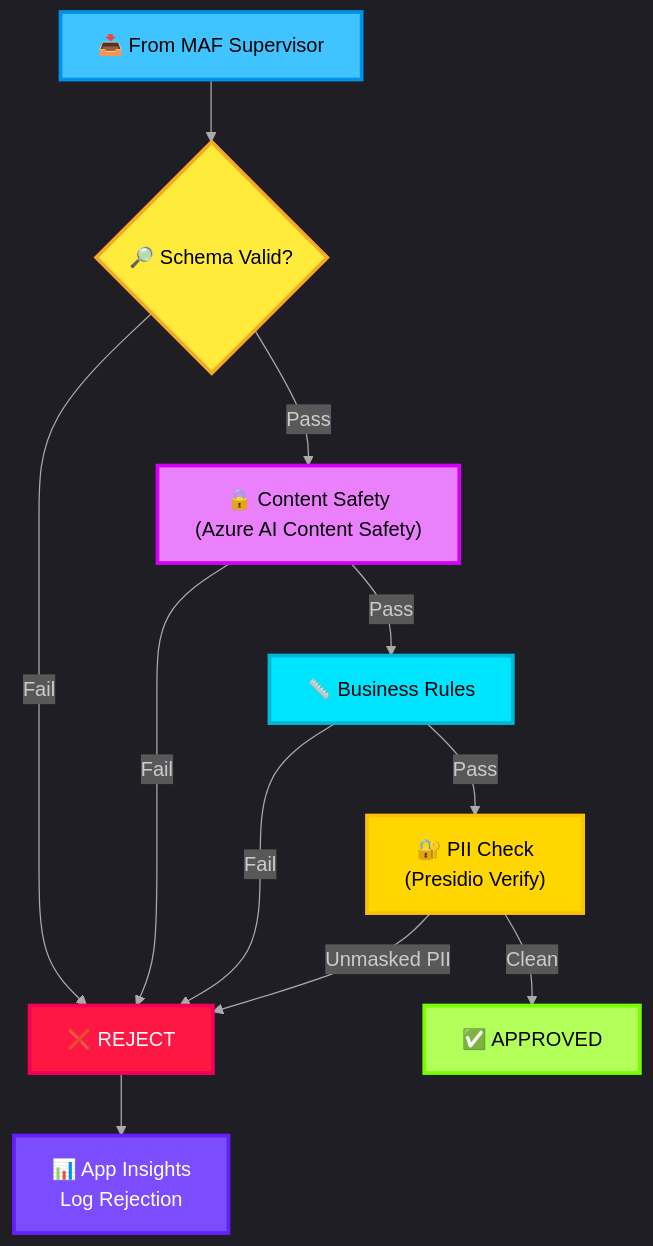
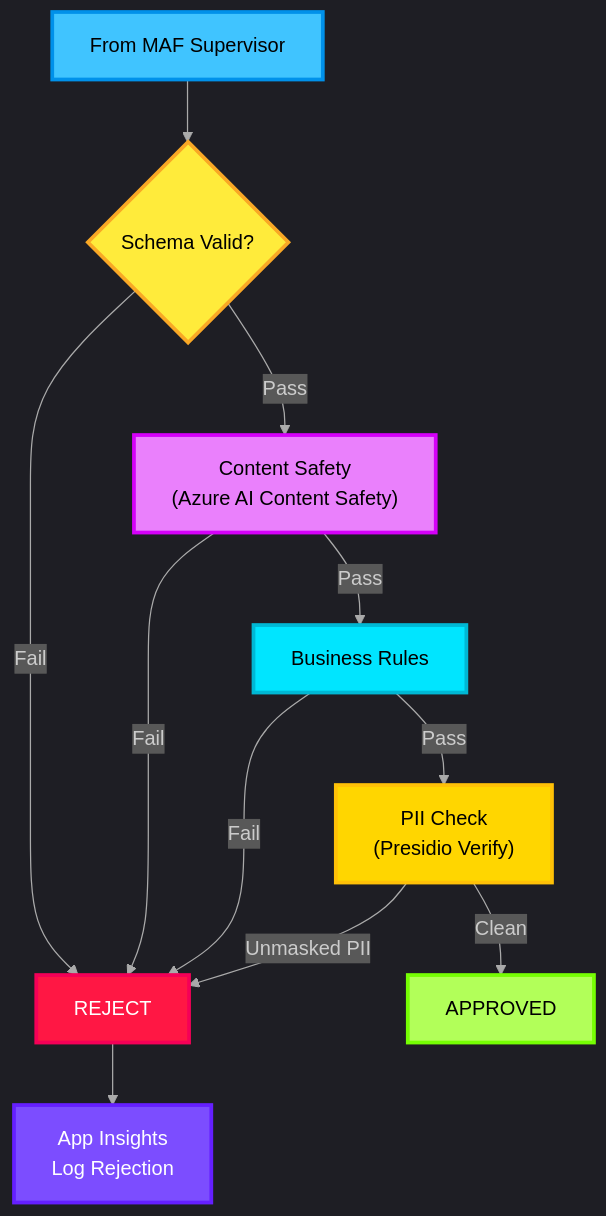
The diagram in docs/09-guardrails.md (thanhauco/agentic-ai-icm-system), drawn with Mermaid before and after one commit. The commit also changed 1 other file, not shown here.

Commit message:
docs: Add initial documentation for all major system components of the agentic AI ICM system.

````diff
--- a/docs/09-guardrails.md
+++ b/docs/09-guardrails.md
@@ -9,23 +9,23 @@
 ```mermaid
 %%{init: {'theme': 'dark', 'themeVariables': {'lineColor': '#AAAAAA'}}}%%
 graph TD
-    A["📥 From MAF Supervisor"] --> B{"🔎 Schema Valid?"}
-    B -->|Fail| C["❌ REJECT"]
-    B -->|Pass| D["🔒 Content Safety<br>(Azure AI Content Safety)"]
-    D -->|Fail| C
-    D -->|Pass| E["📏 Business Rules"]
-    E -->|Fail| C
-    E -->|Pass| F["🔐 PII Check<br>(Presidio Verify)"]
-    F -->|Unmasked PII| C
-    F -->|Clean| G["✅ APPROVED"]
-    C --> H["📊 App Insights<br>Log Rejection"]
+ A["From MAF Supervisor"] --> B{"Schema Valid?"}
+ B -->|Fail| C["REJECT"]
+ B -->|Pass| D["Content Safety<br>(Azure AI Content Safety)"]
+ D -->|Fail| C
+ D -->|Pass| E["Business Rules"]
+ E -->|Fail| C
+ E -->|Pass| F["PII Check<br>(Presidio Verify)"]
+ F -->|Unmasked PII| C
+ F -->|Clean| G["APPROVED"]
+ C --> H["App Insights<br>Log Rejection"]
 
-    style A fill:#40C4FF,stroke:#0091EA,stroke-width:3px,color:#000
-    style B fill:#FFEB3B,stroke:#F9A825,stroke-width:3px,color:#000
-    style C fill:#FF1744,stroke:#F50057,stroke-width:3px,color:#fff
-    style D fill:#EA80FC,stroke:#D500F9,stroke-width:3px,color:#000
-    style E fill:#00E5FF,stroke:#00B8D4,stroke-width:3px,color:#000
-    style F fill:#FFD600,stroke:#FFC107,stroke-width:3px,color:#000
-    style G fill:#B2FF59,stroke:#76FF03,stroke-width:3px,color:#000
-    style H fill:#7C4DFF,stroke:#651FFF,stroke-width:3px,color:#fff
+ style A fill:#40C4FF,stroke:#0091EA,stroke-width:3px,color:#000
+ style B fill:#FFEB3B,stroke:#F9A825,stroke-width:3px,color:#000
+ style C fill:#FF1744,stroke:#F50057,stroke-width:3px,color:#fff
+ style D fill:#EA80FC,stroke:#D500F9,stroke-width:3px,color:#000
+ style E fill:#00E5FF,stroke:#00B8D4,stroke-width:3px,color:#000
+ style F fill:#FFD600,stroke:#FFC107,stroke-width:3px,color:#000
+ style G fill:#B2FF59,stroke:#76FF03,stroke-width:3px,color:#000
+ style H fill:#7C4DFF,stroke:#651FFF,stroke-width:3px,color:#fff
 ```
````
